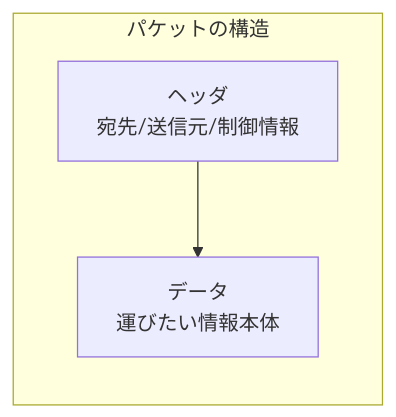
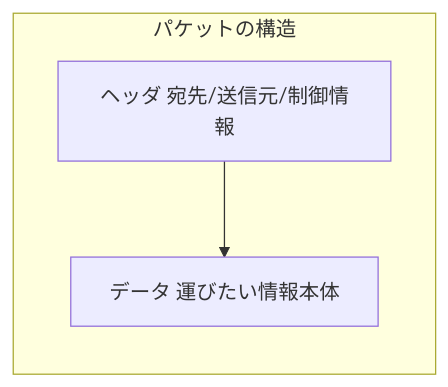
Before and after one commit to x86-unix/docs: the sixth of 20 diagrams in training/basics.md, drawn with Mermaid. The commit also changed other lines of this file, not shown here.

````diff
--- a/training/basics.md
+++ b/training/basics.md
@@ -1460,6 +280,6 @@
 ```mermaid
 graph LR
     subgraph "パケットの構造"
-        Header[ヘッダ<br/>宛先/送信元/制御情報] --> Data[データ<br/>運びたい情報本体]
+        Header["ヘッダ 宛先/送信元/制御情報"] --> Data["データ 運びたい情報本体"]
     end
 ```
````
